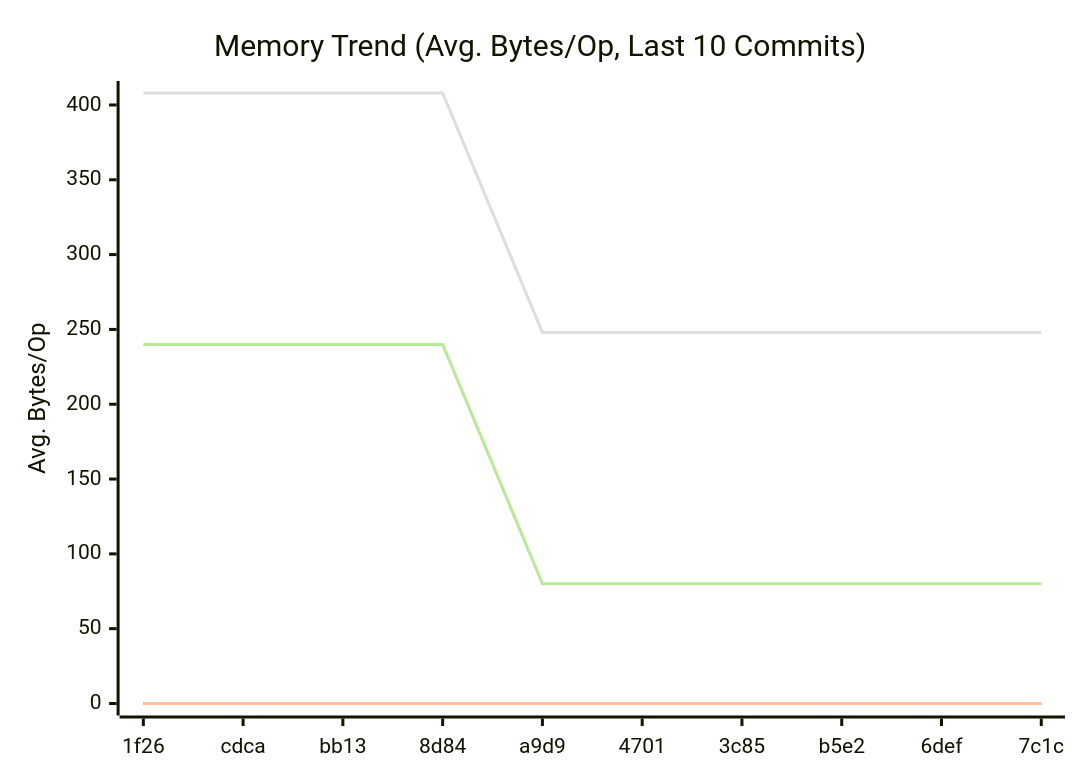
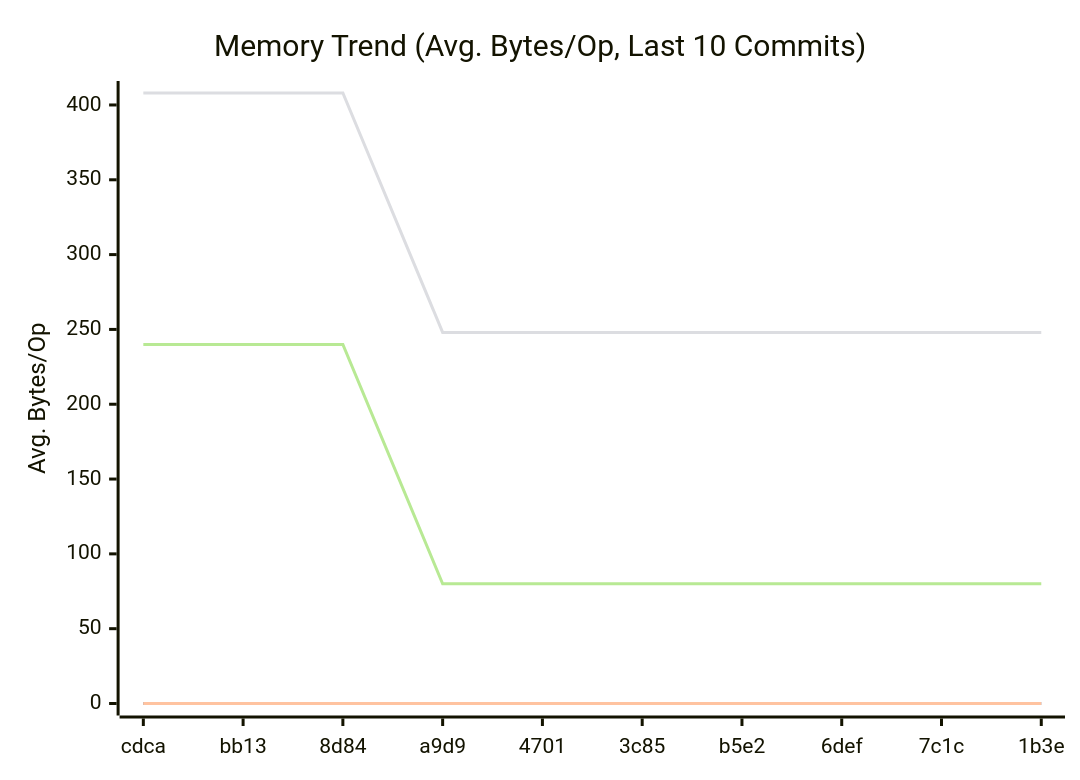
Before and after one commit to alsotoes/momo: the second of 3 diagrams in doc/README.md, drawn with Mermaid. The commit also changed other lines of this file and 1 other file, not shown here.

````diff
--- a/doc/README.md
+++ b/doc/README.md
@@ -303,12 +303,12 @@
 ```mermaid
 xychart-beta
     title "Memory Trend (Avg. Bytes/Op, Last 10 Commits)"
     x-axis "Commit"
     y-axis "Avg. Bytes/Op"
-    x-axis [1f26,cdca,bb13,8d84,a9d9,4701,3c85,b5e2,6def,7c1c]
+    x-axis [cdca,bb13,8d84,a9d9,4701,3c85,b5e2,6def,7c1c,1b3e]
     line "CheckMetricsAndSwap" [0,0,0,0,0,0,0,0,0,0]
     line "IndexDirectTracking" [0,0,0,0,0,0,0,0,0,0]
     line "IndexSearch" [0,0,0,0,0,0,0,0,0,0]
-    line "ParseReplicationOrder_NoPrealloc" [408,408,408,408,248,248,248,248,248,248]
-    line "ParseReplicationOrder_Prealloc" [240,240,240,240,80,80,80,80,80,80]
+    line "ParseReplicationOrder_NoPrealloc" [408,408,408,248,248,248,248,248,248,248]
+    line "ParseReplicationOrder_Prealloc" [240,240,240,80,80,80,80,80,80,80]
 ```
````
